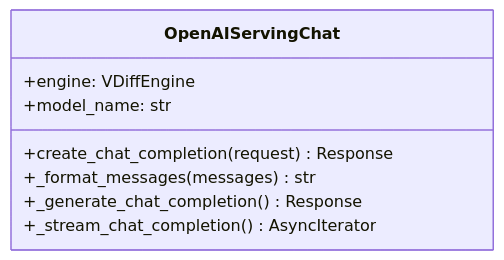
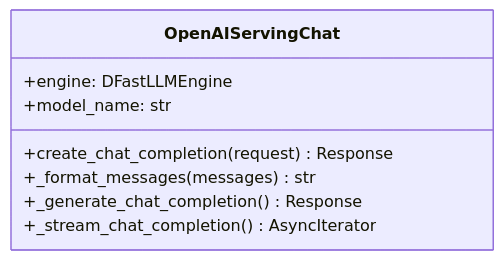
One commit to mwaykole/vdiff changed diagram 20 of 22 in docs/dev-doc/07-api-server.md. Above: the diagram before and after it, drawn with Mermaid. The commit also changed other lines of this file and 53 other files, not shown here.

````diff
--- a/docs/dev-doc/07-api-server.md
+++ b/docs/dev-doc/07-api-server.md
@@ -506,12 +506,12 @@
 ```mermaid
 classDiagram
     class OpenAIServingChat {
-        +engine: VDiffEngine
+        +engine: DFastLLMEngine
         +model_name: str
         
         +create_chat_completion(request) Response
         +_format_messages(messages) str
         +_generate_chat_completion() Response
         +_stream_chat_completion() AsyncIterator
     }
 ```
````
